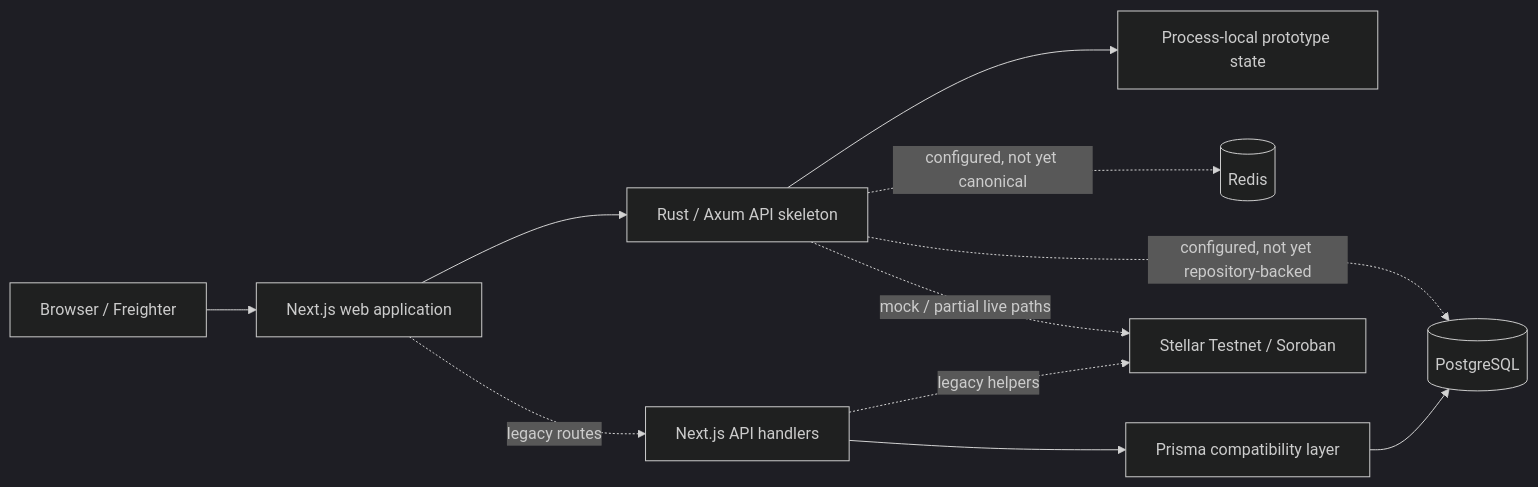
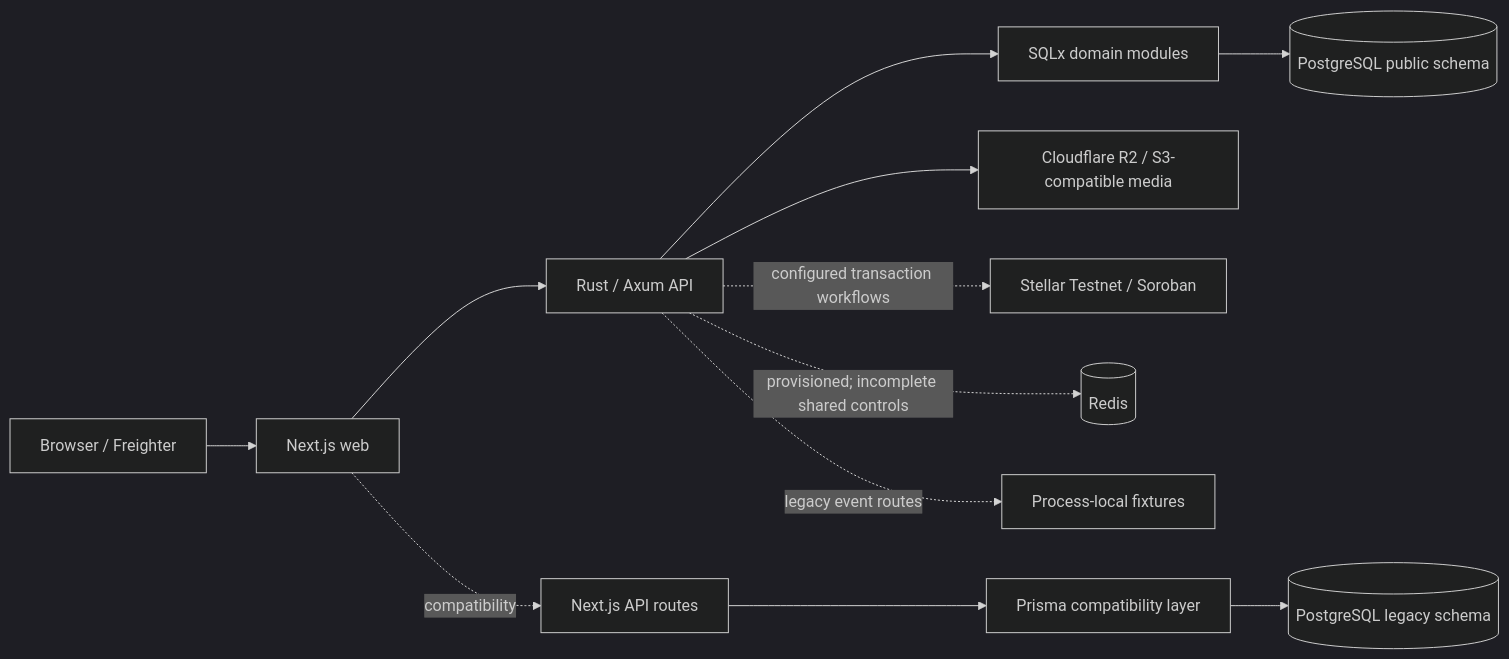
One commit to akippnn/CrownFi changed the diagram in docs/architecture/current-platform.md. Above: the diagram before and after it, drawn with Mermaid (dark theme). The commit also changed other lines of this file and 9 other files, not shown here.

````diff
--- a/docs/architecture/current-platform.md
+++ b/docs/architecture/current-platform.md
@@ -17,13 +17,16 @@
 ```mermaid
 flowchart LR
-  Browser[Browser / Freighter] --> Web[Next.js web application]
-  Web --> API[Rust / Axum API skeleton]
-  Web -. legacy routes .-> NextAPI[Next.js API handlers]
-  API --> Memory[Process-local prototype state]
-  API -. configured, not yet repository-backed .-> Postgres[(PostgreSQL)]
-  API -. configured, not yet canonical .-> Redis[(Redis)]
+  Browser[Browser / Freighter] --> Web[Next.js web]
+  Web --> API[Rust / Axum API]
+  Web -. compatibility .-> NextAPI[Next.js API routes]
+
+  API --> SQLx[SQLx domain modules]
+  SQLx --> PublicDB[(PostgreSQL public schema)]
   NextAPI --> Prisma[Prisma compatibility layer]
-  Prisma --> Postgres
-  API -. mock / partial live paths .-> Stellar[Stellar Testnet / Soroban]
-  NextAPI -. legacy helpers .-> Stellar
+  Prisma --> LegacyDB[(PostgreSQL legacy schema)]
+
+  API --> R2[Cloudflare R2 / S3-compatible media]
+  API -. configured transaction workflows .-> Stellar[Stellar Testnet / Soroban]
+  API -. provisioned; incomplete shared controls .-> Redis[(Redis)]
+  API -. legacy event routes .-> Memory[Process-local fixtures]
 ```
````
